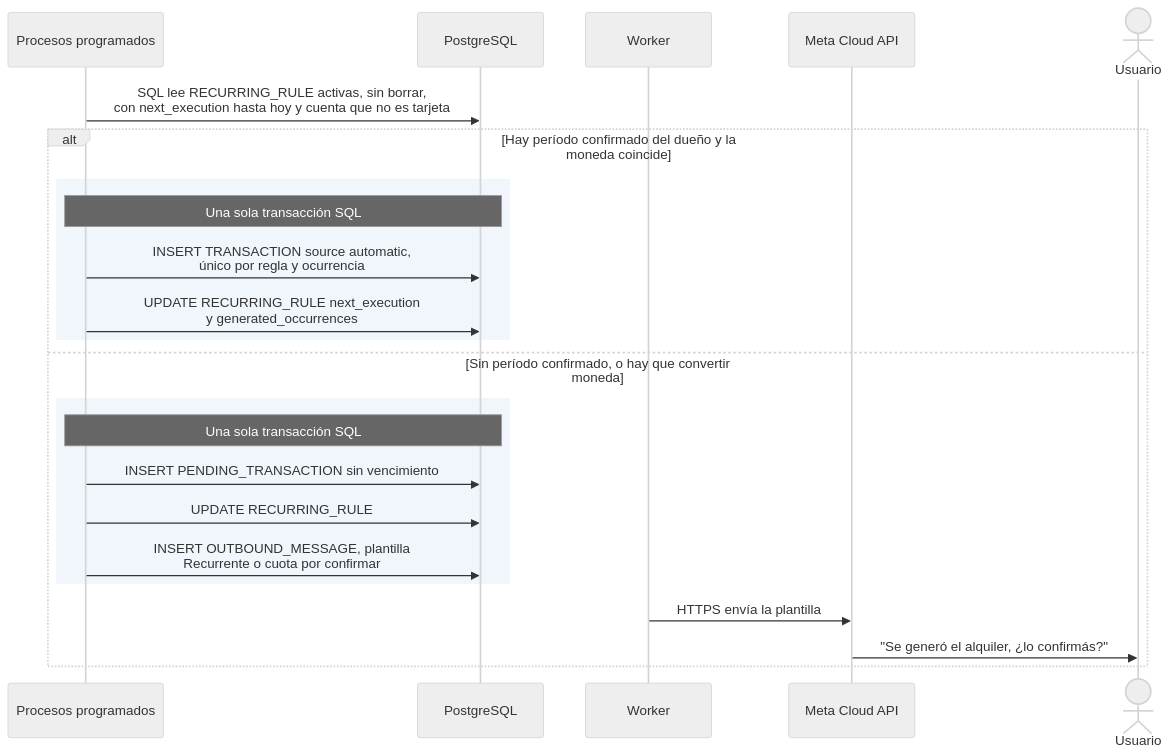
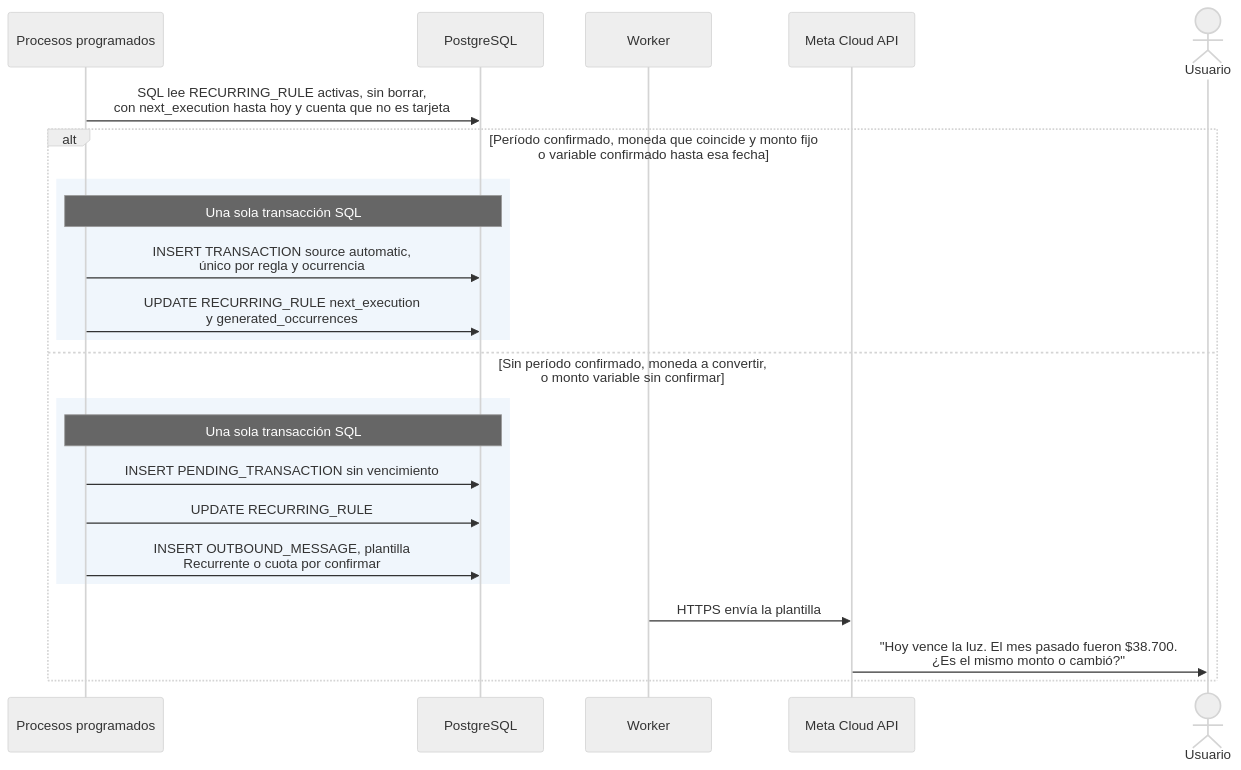
Before and after one commit to verozacarias-prog/AI4Devs-finalproject: the fifth of 9 diagrams in docs/recorrido-completo.md, drawn with Mermaid (neutral theme). The commit also changed other lines of this file and 7 other files, not shown here.

````diff
--- a/docs/recorrido-completo.md
+++ b/docs/recorrido-completo.md
@@ -226,26 +230,26 @@
 ```mermaid
 sequenceDiagram
     participant S as Procesos programados
     participant DB as PostgreSQL
     participant W as Worker
     participant M as Meta Cloud API
     actor U as Usuario
 
     S->>DB: SQL lee RECURRING_RULE activas, sin borrar,<br/>con next_execution hasta hoy y cuenta que no es tarjeta
-    alt Hay período confirmado del dueño y la moneda coincide
+    alt Período confirmado, moneda que coincide y monto fijo<br/>o variable confirmado hasta esa fecha
         rect rgb(240, 246, 252)
             Note over S,DB: Una sola transacción SQL
             S->>DB: INSERT TRANSACTION source automatic,<br/>único por regla y ocurrencia
             S->>DB: UPDATE RECURRING_RULE next_execution<br/>y generated_occurrences
         end
-    else Sin período confirmado, o hay que convertir moneda
+    else Sin período confirmado, moneda a convertir,<br/>o monto variable sin confirmar
         rect rgb(240, 246, 252)
             Note over S,DB: Una sola transacción SQL
             S->>DB: INSERT PENDING_TRANSACTION sin vencimiento
             S->>DB: UPDATE RECURRING_RULE
             S->>DB: INSERT OUTBOUND_MESSAGE, plantilla<br/>Recurrente o cuota por confirmar
         end
         W->>M: HTTPS envía la plantilla
-        M->>U: "Se generó el alquiler, ¿lo confirmás?"
+        M->>U: "Hoy vence la luz. El mes pasado fueron $38.700.<br/>¿Es el mismo monto o cambió?"
     end
 ```
````
